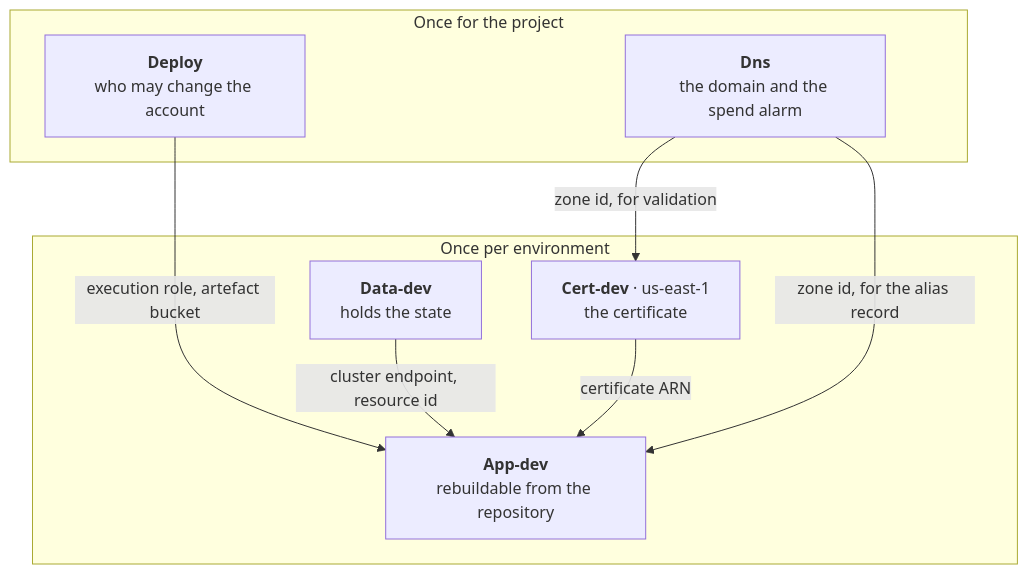
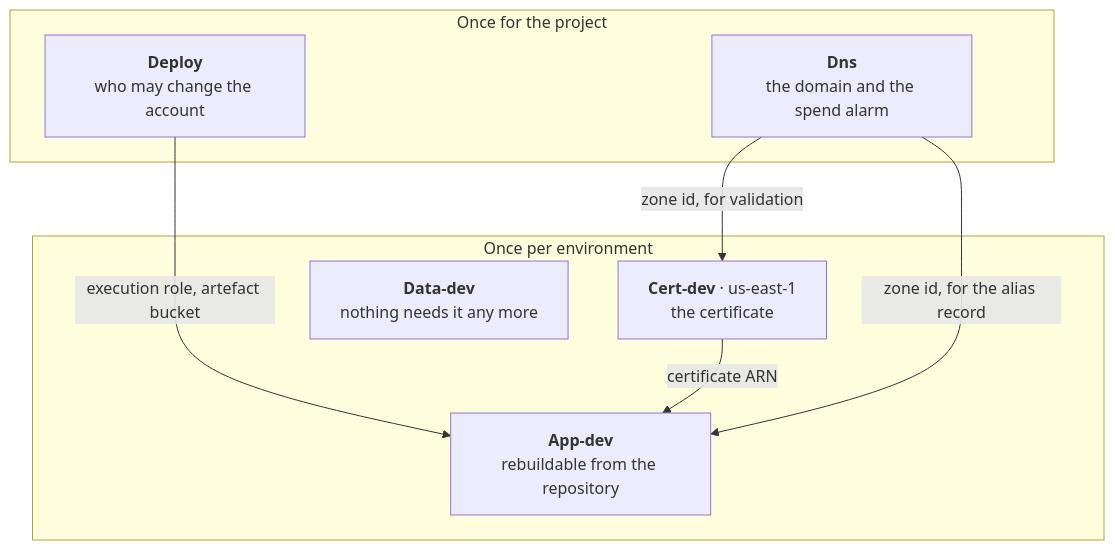
Before and after one commit to Ovich/job-application-ai: the first of 5 diagrams in infra/architecture.md, drawn with Mermaid. The commit also changed other lines of this file and 2 other files, not shown here.

First line of the commit message:
docs(infra): the tier below the function is not in the account any more (S7.9)

````diff
--- a/infra/architecture.md
+++ b/infra/architecture.md
@@ -72,17 +72,17 @@
 ```mermaid
 flowchart TB
   subgraph project["Once for the project"]
     Deploy["<b>Deploy</b><br/>who may change the account"]
     Dns["<b>Dns</b><br/>the domain and the spend alarm"]
   end
   subgraph env["Once per environment"]
     Cert["<b>Cert-dev</b> · us-east-1<br/>the certificate"]
-    Data["<b>Data-dev</b><br/>holds the state"]
+    Data["<b>Data-dev</b><br/>nothing needs it any more"]
     App["<b>App-dev</b><br/>rebuildable from the repository"]
   end
   Dns -->|"zone id, for validation"| Cert
   Cert -->|"certificate ARN"| App
-  Data -->|"cluster endpoint, resource id"| App
   Deploy -->|"execution role, artefact bucket"| App
   Dns -->|"zone id, for the alias record"| App
+  Data ~~~ App
 ```
````
